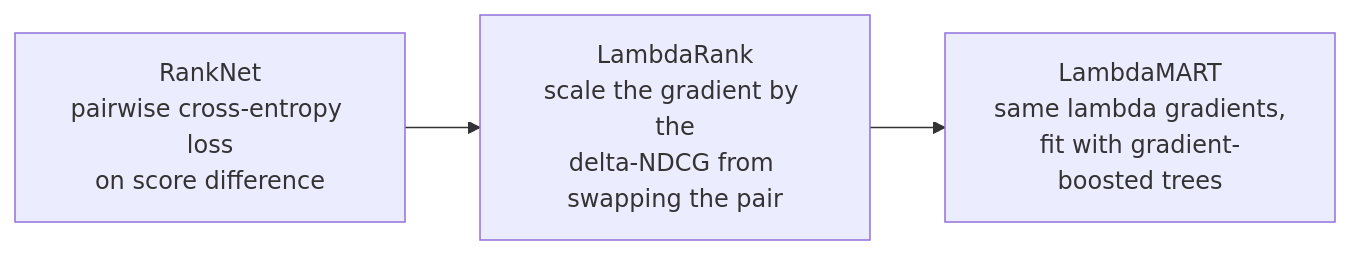
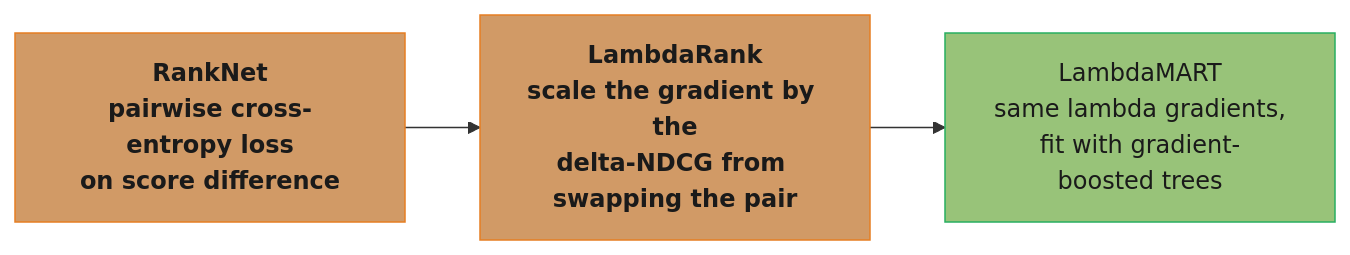
The first of 5 diagrams in src/main/java/com/rutik/systemdesign/ml/information_retrieval_and_search/information_retrieval_and_search.md (rppol/system-design), drawn with Mermaid before and after one commit. The commit also changed other lines of this file and 38 other files, not shown here.

````diff
--- a/src/main/java/com/rutik/systemdesign/ml/information_retrieval_and_search/information_retrieval_and_search.md
+++ b/src/main/java/com/rutik/systemdesign/ml/information_retrieval_and_search/information_retrieval_and_search.md
@@ -73,5 +73,16 @@
 ```mermaid
 flowchart LR
+    classDef io      fill:#61afef,stroke:#2e86c1,color:#1a1a1a,font-weight:bold
+    classDef frozen  fill:#c678dd,stroke:#9b59b6,color:#fff
+    classDef train   fill:#98c379,stroke:#27ae60,color:#1a1a1a
+    classDef mathOp  fill:#d19a66,stroke:#e67e22,color:#1a1a1a,font-weight:bold
+    classDef lossN   fill:#e06c75,stroke:#c0392b,color:#fff,font-weight:bold
+    classDef req     fill:#56b6c2,stroke:#0097a7,color:#1a1a1a
+    classDef base    fill:#e5c07b,stroke:#f39c12,color:#1a1a1a
+
     a["RankNet\npairwise cross-entropy loss\non score difference"] --> b["LambdaRank\nscale the gradient by the\ndelta-NDCG from swapping the pair"]
     b --> c["LambdaMART\nsame lambda gradients,\nfit with gradient-boosted trees"]
+
+    class a,b mathOp
+    class c train
 ```
````
